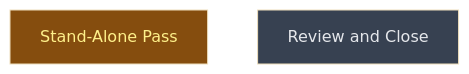
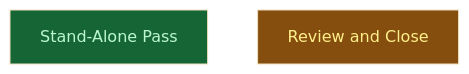
The diagram in __roadmap__/writing-release-rework/author/refine/standalone/README.md (CrackingShells/cracking-shells-playbook), drawn with Mermaid (base theme) before and after one commit. The commit also changed other lines of this file and 1 other file, not shown here.

Commit message:
chore(roadmap): close the stand-alone pass and start the review
Step 2 of the stand-alone pass found nothing to change in the
writing-history handoff or the plugin spec entry, so it has no commit.

````diff
--- a/__roadmap__/writing-release-rework/author/refine/standalone/README.md
+++ b/__roadmap__/writing-release-rework/author/refine/standalone/README.md
@@ -20,10 +20,10 @@
 ```mermaid
 graph TD
-    standalone[Stand-Alone Pass]:::inprogress
-    review[Review and Close]:::planned
+    standalone[Stand-Alone Pass]:::done
+    review[Review and Close]:::inprogress
     classDef done       fill:#166534,color:#bbf7d0
     classDef inprogress fill:#854d0e,color:#fef08a
     classDef planned    fill:#374151,color:#e5e7eb
     classDef amendment  fill:#1e3a5f,color:#bfdbfe
     classDef blocked    fill:#7f1d1d,color:#fecaca
 ```
````
